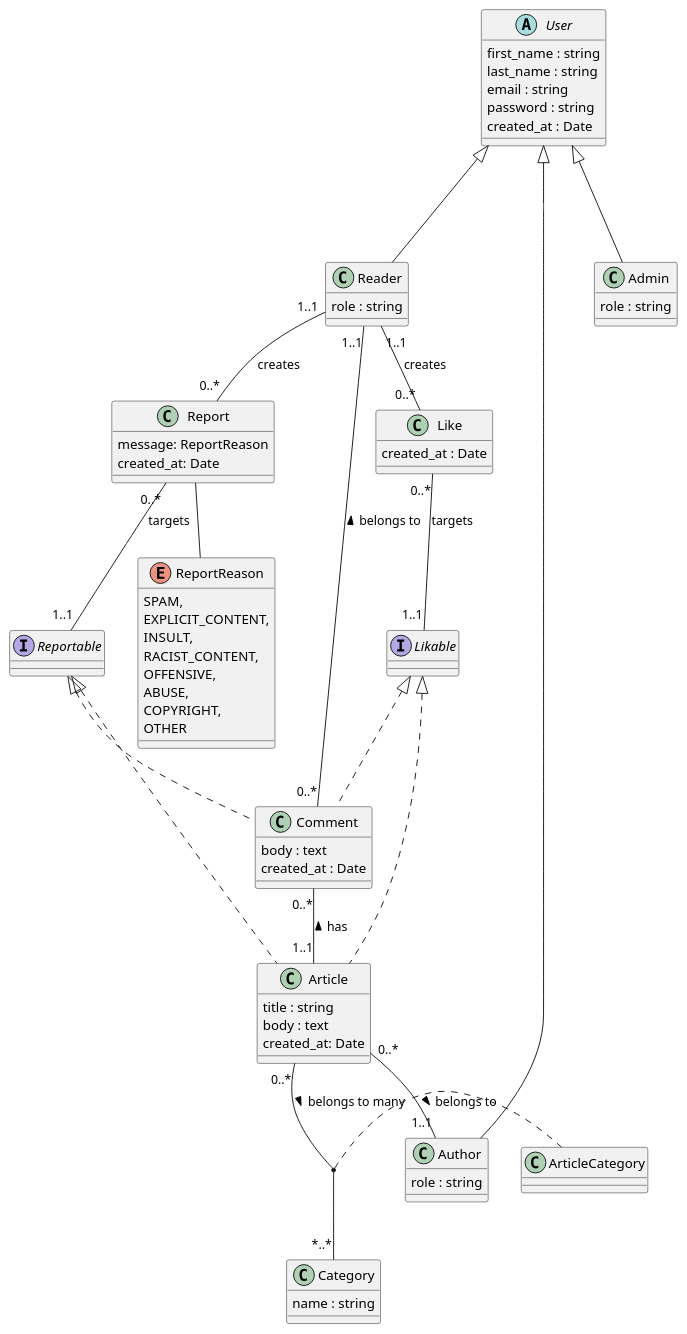
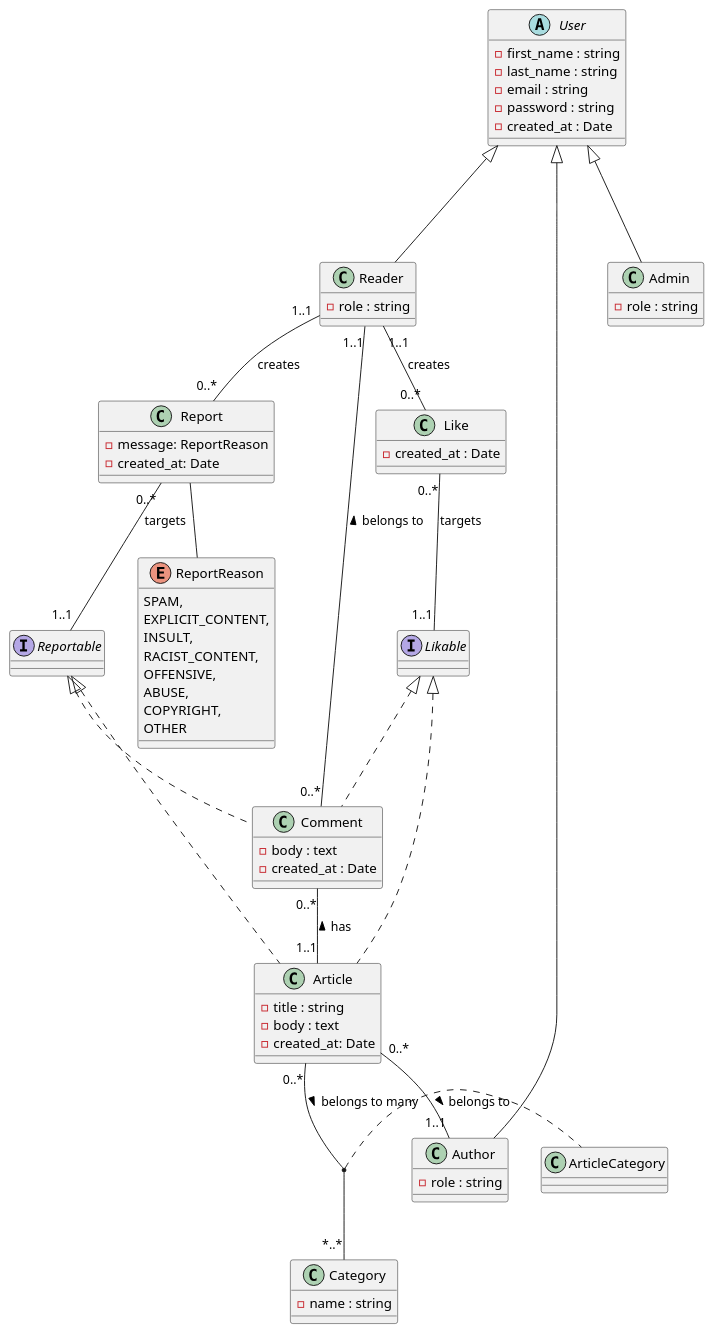
The diagram in conception/class_diagram.puml (Badr-Eddine-Slaoui/YouCodeFirstYearSprintFourBriefTwo), drawn with PlantUML before and after one commit.

Commit message:
Edit Class Diagram

```diff
--- a/conception/class_diagram.puml
+++ b/conception/class_diagram.puml
@@ -1,88 +1,88 @@
 @startuml
     abstract class User {
-        first_name : string
-        last_name : string
-        email : string
-        password : string
-        created_at : Date
+        - first_name : string
+        - last_name : string
+        - email : string
+        - password : string
+        - created_at : Date
     }
 
     class Reader {
-        role : string
+        - role : string
     }
 
     class Author {
-        role : string
+        - role : string
     }
 
     class Admin {
-        role : string
+        - role : string
     }
 
 
     class Article {
-        title : string
-        body : text
-        created_at: Date
+        - title : string
+        - body : text
+        - created_at: Date
     }
 
 
     class Comment {
-        body : text
-        created_at : Date
+        - body : text
+        - created_at : Date
     }
 
     class Like {
-        created_at : Date
+        - created_at : Date
     }
 
     interface Likable {
     }
 
     class Category {
-        name : string
+        - name : string
     }
 
     interface Reportable {
     }
 
     class Report {
-        message: ReportReason
-        created_at: Date
+        - message: ReportReason
+        - created_at: Date
     }
 
     enum ReportReason{
         SPAM,
         EXPLICIT_CONTENT,
         INSULT,
         RACIST_CONTENT,
         OFFENSIVE,
         ABUSE,
         COPYRIGHT,
         OTHER
     }
 
     User <|--- Reader
     User <|--- Admin
     User <|--- Author
 
     Likable <|.. Article
     Likable <|.. Comment
 
     Reportable <|.. Article
     Reportable <|.. Comment
 
 
     Article "0..*" -- "1..1" Author : belongs to >
     Article "0..*" -- "*..*" Category : belongs to many >
     (Article, Category) .. ArticleCategory
     Comment "0..*" -- "1..1" Reader : belongs to >
     Comment "0..*" -- "1..1" Article : has <
     Reader "1..1" -- "0..*" Like : creates
     Like "0..*" -- "1..1" Likable : targets
     Reader "1..1" -- "0..*" Report : creates
     Report "0..*" -- "1..1" Reportable : targets
     Report -- ReportReason
 
 
 @endumlb
```
